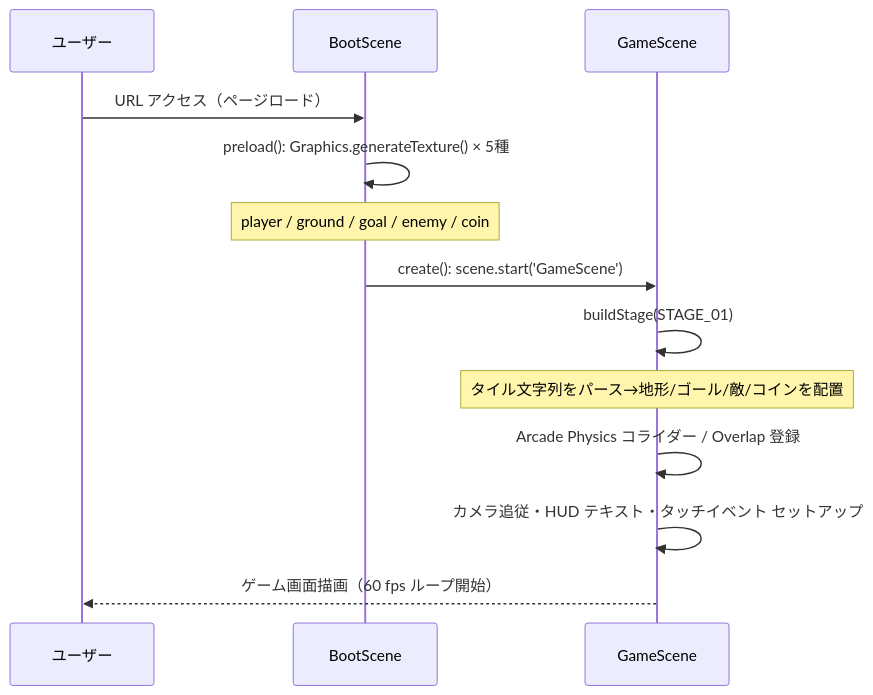
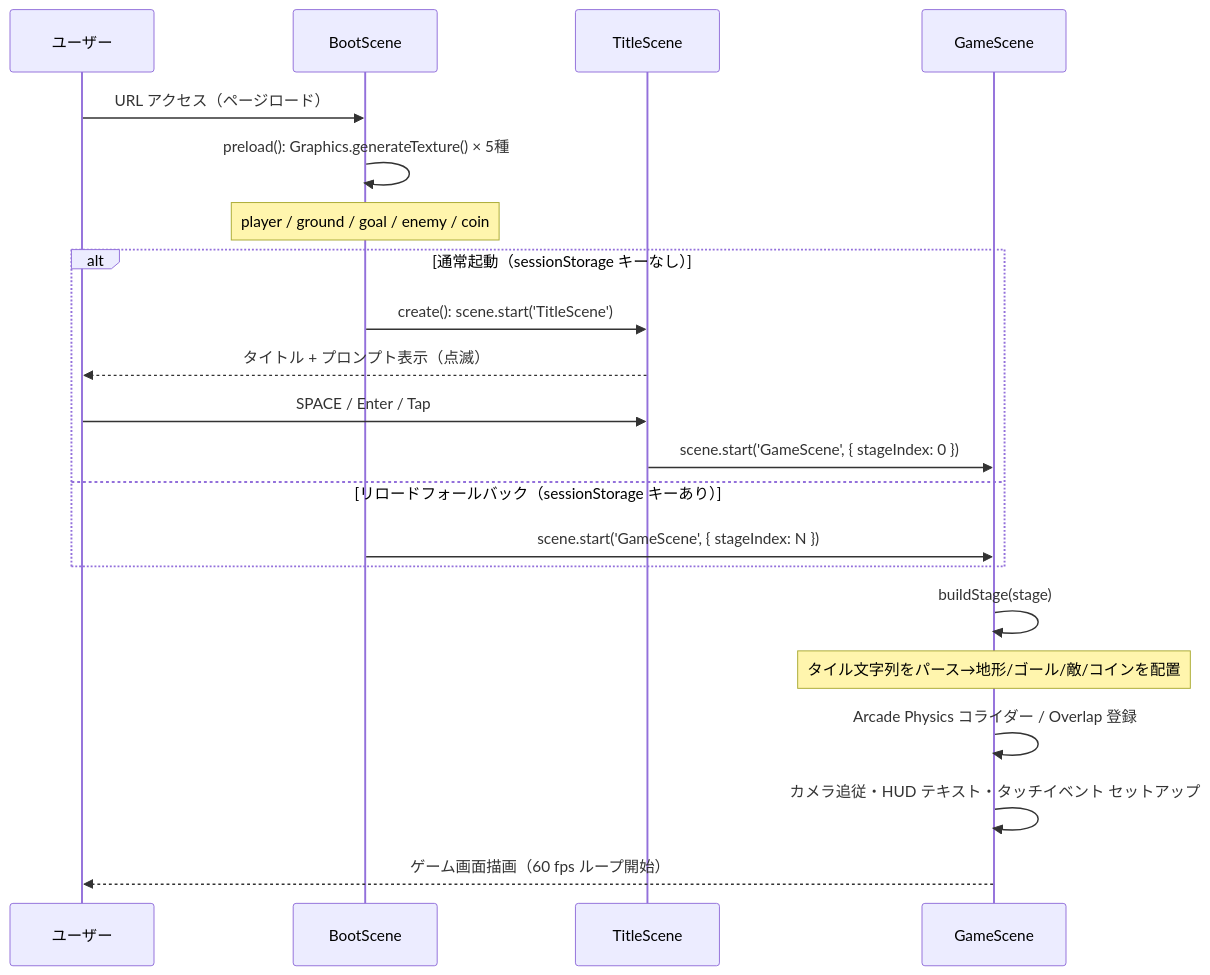
The second of 5 diagrams in docs/functional-design.md (n-yata/chiku-clock-run), drawn with Mermaid before and after one commit. The commit also changed other lines of this file and 2 other files, not shown here.

````diff
--- a/docs/functional-design.md
+++ b/docs/functional-design.md
@@ -40,16 +44,24 @@
 ```mermaid
 sequenceDiagram
     participant U as ユーザー
     participant BS as BootScene
+    participant TS as TitleScene
     participant GS as GameScene
 
     U->>BS: URL アクセス（ページロード）
     BS->>BS: preload(): Graphics.generateTexture() × 5種
     Note over BS: player / ground / goal / enemy / coin
-    BS->>GS: create(): scene.start('GameScene')
-    GS->>GS: buildStage(STAGE_01)
+    alt 通常起動（sessionStorage キーなし）
+        BS->>TS: create(): scene.start('TitleScene')
+        TS-->>U: タイトル + プロンプト表示（点滅）
+        U->>TS: SPACE / Enter / Tap
+        TS->>GS: scene.start('GameScene', { stageIndex: 0 })
+    else リロードフォールバック（sessionStorage キーあり）
+        BS->>GS: scene.start('GameScene', { stageIndex: N })
+    end
+    GS->>GS: buildStage(stage)
     Note over GS: タイル文字列をパース→地形/ゴール/敵/コインを配置
     GS->>GS: Arcade Physics コライダー / Overlap 登録
     GS->>GS: カメラ追従・HUD テキスト・タッチイベント セットアップ
     GS-->>U: ゲーム画面描画（60 fps ループ開始）
 ```
````
